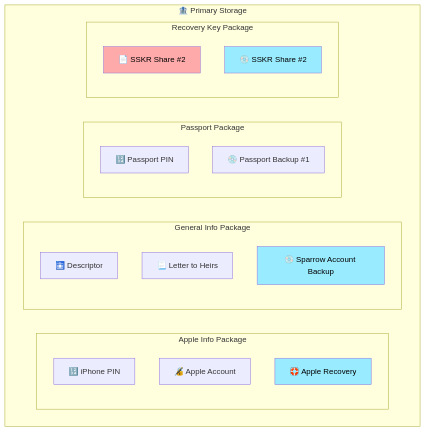
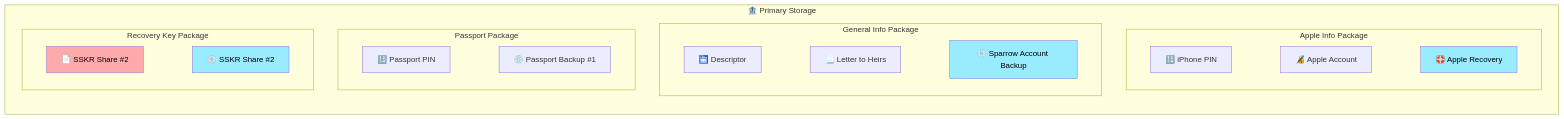
Before and after one commit to BlockchainCommons/SmartCustody: the fifth of 55 diagrams in Docs/Scenario-Multisig.md, drawn with Mermaid. The commit also changed other lines of this file, not shown here.

````diff
--- a/Docs/Scenario-Multisig.md
+++ b/Docs/Scenario-Multisig.md
@@ -206,36 +208,42 @@
 ```mermaid
-    graph TD
+    graph BT
+    linkStyle default stroke-width: 0px
+
     subgraph primary["🏦 Primary Storage"]
 
       subgraph "Apple Info Package"
       C3["🔢 iPhone PIN"]
       C4["🔏 Apple Account"]
       C5["🛟 Apple Recovery"]    
+      C3---C4---C5
       end
 
       style C5 color:#000,fill:#99ebff;
 
       subgraph "General Info Package"
-	C9["🛅 Descriptor"]
+      C9["🛅 Descriptor"]
       C10["📃 Letter to Heirs"]
       C8["💿 Sparrow Account Backup"]
+      C9---C10---C8
       end
 
       style C8 color:#000,fill:#99ebff;
 
       subgraph "Passport Package"
       C7["🔢 Passport PIN"]
       C6["💿 Passport Backup #1"]
+      C7---C6
       end
 
       subgraph "Recovery Key Package"
       C1["📄 SSKR Share #2"]
       C2["💿 SSKR Share #2"]
+      C1---C2
       end
 
       style C1 color:#000,fill:#ffaaaa;
       style C2 color:#000,fill:#99ebff;
 
     end
 
 ```
````
